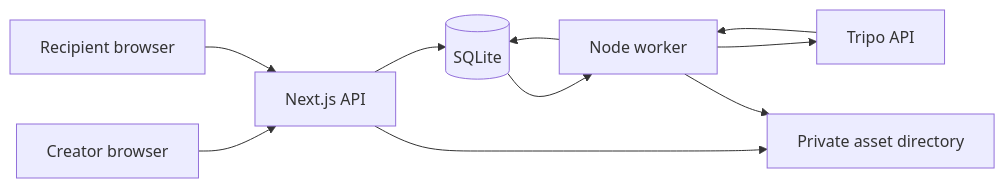
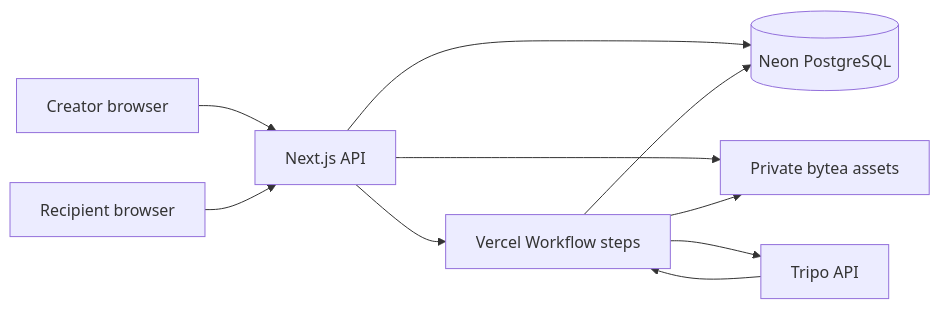
Before and after one commit to Xuefeng-Zhu/DoodleQuest: the diagram in docs/ARCHITECTURE.md, drawn with Mermaid. The commit also changed other lines of this file and 8 other files, not shown here.

Commit message:
docs: document Vercel Neon setup and verified migration

````diff
--- a/docs/ARCHITECTURE.md
+++ b/docs/ARCHITECTURE.md
@@ -11,12 +11,12 @@
 ```mermaid
 flowchart LR
   Creator[Creator browser] --> API[Next.js API]
-  API --> DB[(SQLite)]
-  API --> Files[Private asset directory]
-  DB --> Worker[Node worker]
+  API --> DB[(Neon PostgreSQL)]
+  API --> Files[Private bytea assets]
+  API --> Worker[Vercel Workflow steps]
   Worker --> Tripo[Tripo API]
   Tripo --> Worker
   Worker --> DB
   Worker --> Files
   Recipient[Recipient browser] --> API
 ```
````
